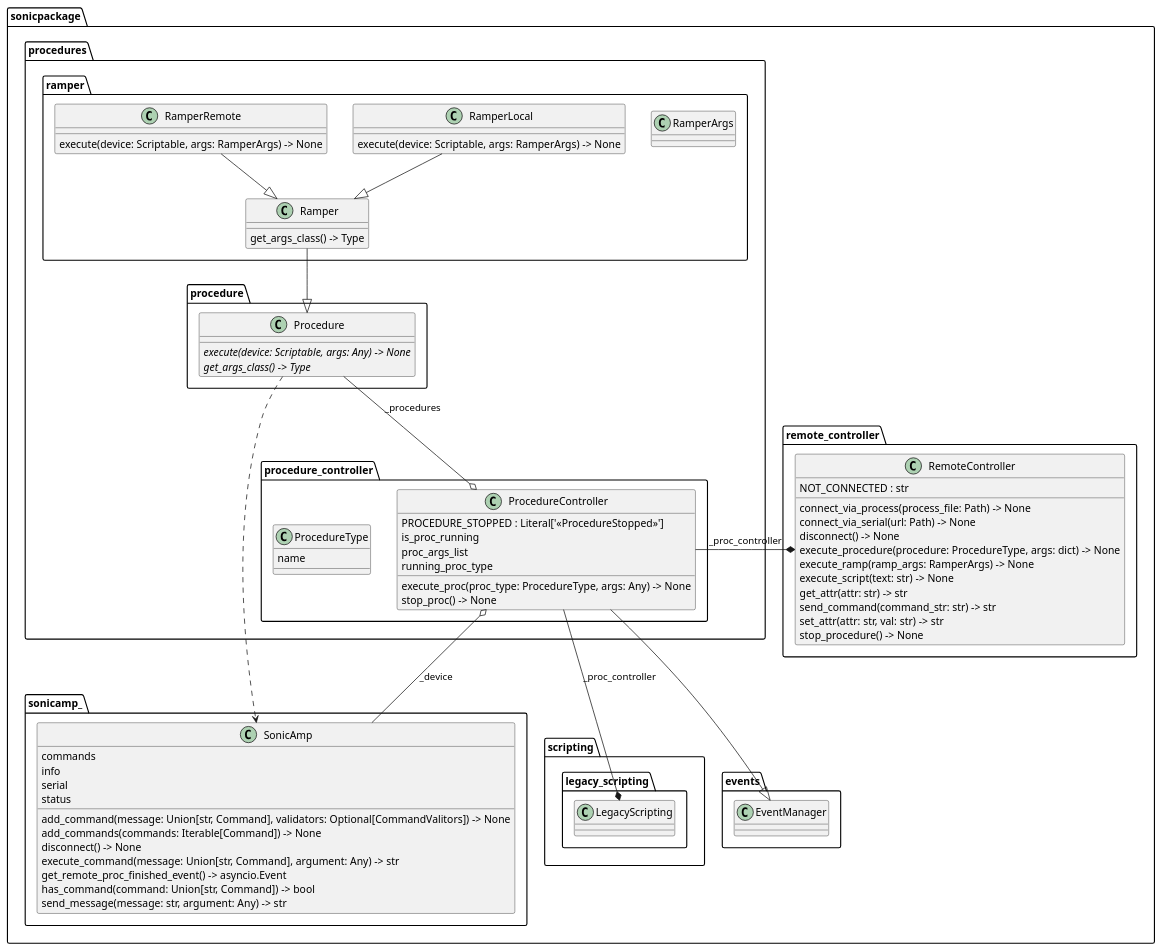
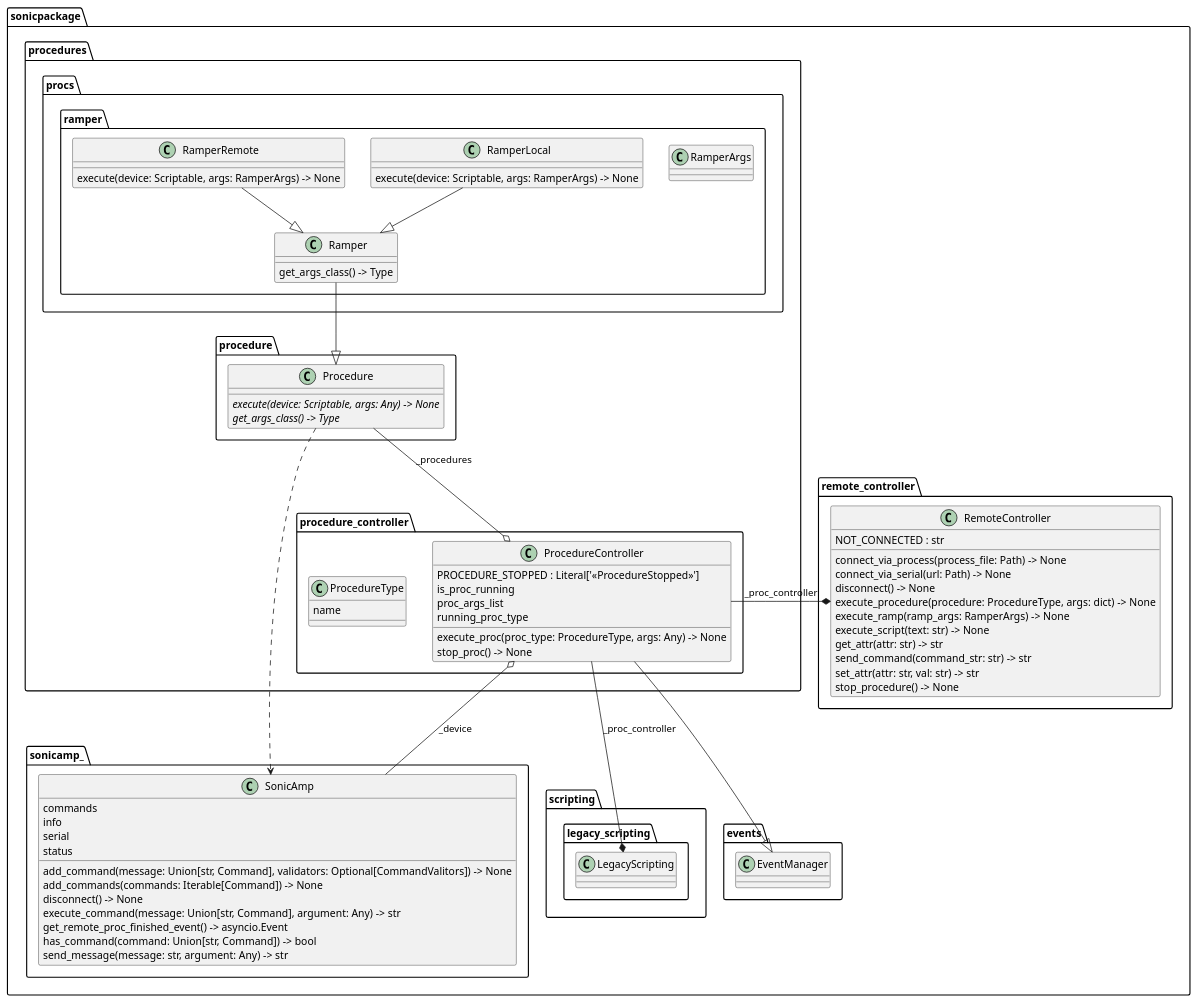
The diagram in docs/diagrams/sonicpackage/class_procedures.puml (usepat/soniccontrol), drawn with PlantUML before and after one commit. The commit also changed 15 other files, not shown here.

```diff
--- a/docs/diagrams/sonicpackage/class_procedures.puml
+++ b/docs/diagrams/sonicpackage/class_procedures.puml
@@ -1,78 +1,78 @@
 @startuml class_procedures
 
 class "RemoteController" as sonicpackage.remote_controller.RemoteController {
   NOT_CONNECTED : str
   connect_via_process(process_file: Path) -> None
   connect_via_serial(url: Path) -> None
   disconnect() -> None
   execute_procedure(procedure: ProcedureType, args: dict) -> None
   execute_ramp(ramp_args: RamperArgs) -> None
   execute_script(text: str) -> None
   get_attr(attr: str) -> str
   send_command(command_str: str) -> str
   set_attr(attr: str, val: str) -> str
   stop_procedure() -> None
 }
 
 class "ProcedureType" as sonicpackage.procedures.procedure_controller.ProcedureType {
   name
 }
 
 class "Procedure" as sonicpackage.procedures.procedure.Procedure {
   {abstract}execute(device: Scriptable, args: Any) -> None
   {abstract}get_args_class() -> Type
 }
 
 class "ProcedureController" as sonicpackage.procedures.procedure_controller.ProcedureController {
   PROCEDURE_STOPPED : Literal['<<ProcedureStopped>>']
   is_proc_running
   proc_args_list
   running_proc_type
   execute_proc(proc_type: ProcedureType, args: Any) -> None
   stop_proc() -> None
 }
 
-class "Ramper" as sonicpackage.procedures.ramper.Ramper {
+class "Ramper" as sonicpackage.procedures.procs.ramper.Ramper {
   get_args_class() -> Type
 }
 
-class "RamperArgs" as sonicpackage.procedures.ramper.RamperArgs {
+class "RamperArgs" as sonicpackage.procedures.procs.ramper.RamperArgs {
 }
 
-class "RamperLocal" as sonicpackage.procedures.ramper.RamperLocal {
+class "RamperLocal" as sonicpackage.procedures.procs.ramper.RamperLocal {
   execute(device: Scriptable, args: RamperArgs) -> None
 }
 
-class "RamperRemote" as sonicpackage.procedures.ramper.RamperRemote {
+class "RamperRemote" as sonicpackage.procedures.procs.ramper.RamperRemote {
   execute(device: Scriptable, args: RamperArgs) -> None
 }
 
 class "LegacyScripting" as sonicpackage.scripting.legacy_scripting.LegacyScriptingFacade {
 }
 
 class "SonicAmp" as sonicpackage.sonicamp_.SonicAmp {
   commands
   info
   serial
   status
   add_command(message: Union[str, Command], validators: Optional[CommandValitors]) -> None
   add_commands(commands: Iterable[Command]) -> None
   disconnect() -> None
   execute_command(message: Union[str, Command], argument: Any) -> str
   get_remote_proc_finished_event() -> asyncio.Event
   has_command(command: Union[str, Command]) -> bool
   send_message(message: str, argument: Any) -> str
 }
 
 sonicpackage.procedures.procedure_controller.ProcedureController -d-|> sonicpackage.events.EventManager
-sonicpackage.procedures.ramper.Ramper -d-|> sonicpackage.procedures.procedure.Procedure
-sonicpackage.procedures.ramper.RamperLocal -d-|> sonicpackage.procedures.ramper.Ramper
-sonicpackage.procedures.ramper.RamperRemote -d-|> sonicpackage.procedures.ramper.Ramper
+sonicpackage.procedures.procs.ramper.Ramper -d-|> sonicpackage.procedures.procedure.Procedure
+sonicpackage.procedures.procs.ramper.RamperLocal -d-|> sonicpackage.procedures.procs.ramper.Ramper
+sonicpackage.procedures.procs.ramper.RamperRemote -d-|> sonicpackage.procedures.procs.ramper.Ramper
 
 sonicpackage.procedures.procedure_controller.ProcedureController -r-* sonicpackage.remote_controller.RemoteController : _proc_controller
 sonicpackage.procedures.procedure_controller.ProcedureController -d-* sonicpackage.scripting.legacy_scripting.LegacyScriptingFacade : _proc_controller
 sonicpackage.procedures.procedure_controller.ProcedureController o-u- sonicpackage.procedures.procedure.Procedure : _procedures
 sonicpackage.sonicamp_.SonicAmp -u-o sonicpackage.procedures.procedure_controller.ProcedureController : _device
 sonicpackage.sonicamp_.SonicAmp <.u. sonicpackage.procedures.procedure.Procedure
 
 @enduml
```
